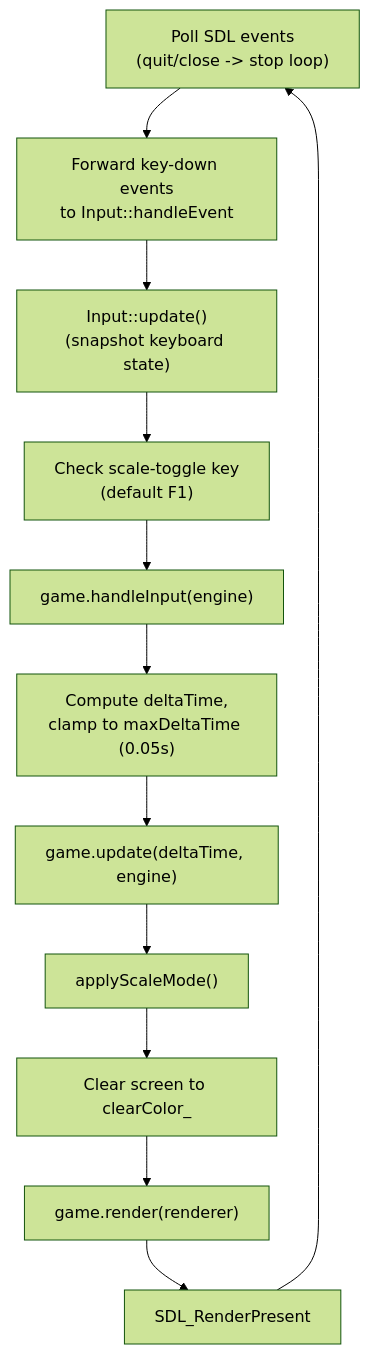
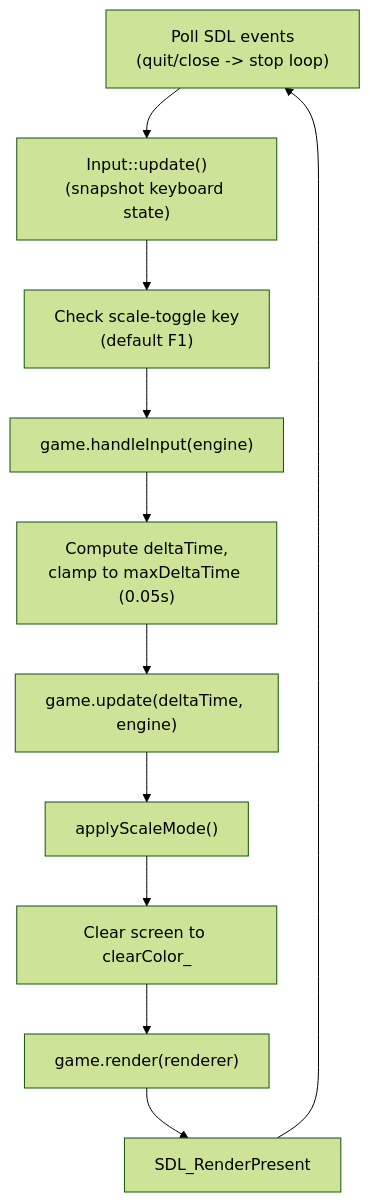
Before and after one commit to CSC581/shared-engine: the second of 3 diagrams in docs/ENGINE_REFERENCE.md, drawn with Mermaid (forest theme). The commit also changed other lines of this file and 2 other files, not shown here.

Commit message:
apply new change

````diff
--- a/docs/ENGINE_REFERENCE.md
+++ b/docs/ENGINE_REFERENCE.md
@@ -90,16 +90,15 @@
 ```mermaid
 flowchart TD
     pollEvents["Poll SDL events\n(quit/close -> stop loop)"]
-    forwardEvents["Forward key-down events\nto Input::handleEvent"]
     inputUpdate["Input::update()\n(snapshot keyboard state)"]
     scaleToggle["Check scale-toggle key\n(default F1)"]
     handleInput["game.handleInput(engine)"]
     computeDt["Compute deltaTime,\nclamp to maxDeltaTime (0.05s)"]
     update["game.update(deltaTime, engine)"]
     applyScale["applyScaleMode()"]
     clear["Clear screen to clearColor_"]
     render["game.render(renderer)"]
     present["SDL_RenderPresent"]
 
-    pollEvents --> forwardEvents --> inputUpdate --> scaleToggle --> handleInput --> computeDt --> update --> applyScale --> clear --> render --> present --> pollEvents
+    pollEvents --> inputUpdate --> scaleToggle --> handleInput --> computeDt --> update --> applyScale --> clear --> render --> present --> pollEvents
 ```
````
